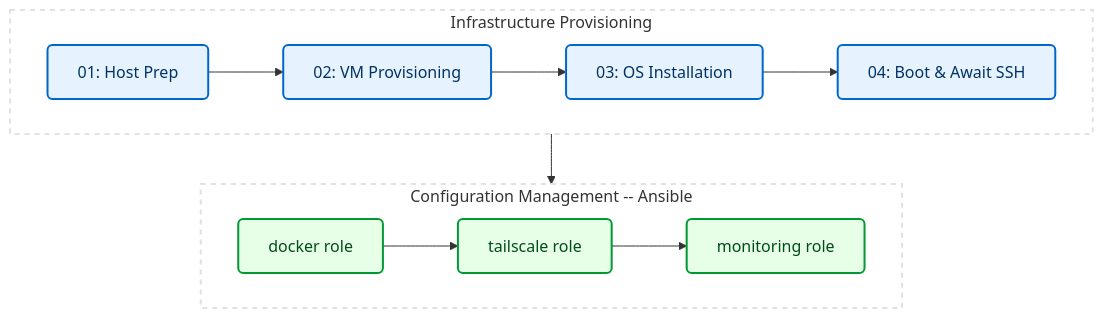
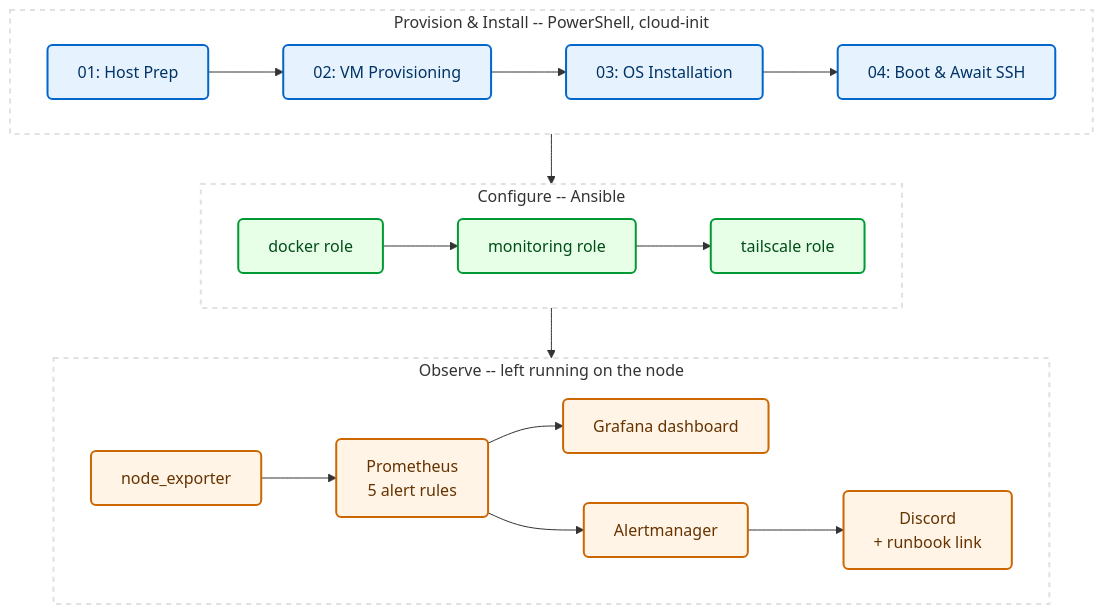
The diagram in README.md (PoisonOakey/ztp-linux-node), drawn with Mermaid before and after one commit. The commit also changed other lines of this file, not shown here.

Commit message:
docs: correct the role order and show the observability layer
The diagram chained docker -> tailscale -> monitoring. The playbook has run
docker -> monitoring -> tailscale since tailscale was moved last, so a node
awaiting browser device approval still gets its observability stack.

Adds an Observe lane so the four layers named in the Overview all appear in
the picture, and drops the broken-display premise, which claimed the screen
ruled out interactive install while TROUBLESHOOTING.md tells the reader to go
look at that screen. The Problem section is now a table.

````diff
--- a/README.md
+++ b/README.md
@@ -55,24 +57,35 @@
 ```mermaid
 %%{init: {'themeVariables': { 'background': '#ffffff'}}}%%
 flowchart TD
     classDef prov fill:#e6f3ff,stroke:#0066cc,stroke-width:2px,color:#003366,rx:5px,ry:5px;
     classDef conf fill:#e6ffe6,stroke:#009933,stroke-width:2px,color:#004d1a,rx:5px,ry:5px;
-    
+    classDef obs fill:#fff4e6,stroke:#cc6600,stroke-width:2px,color:#663300,rx:5px,ry:5px;
+
     style Provisioning fill:#ffffff,stroke:#dee2e6,stroke-width:2px,stroke-dasharray: 5 5
     style Configuration fill:#ffffff,stroke:#dee2e6,stroke-width:2px,stroke-dasharray: 5 5
+    style Observability fill:#ffffff,stroke:#dee2e6,stroke-width:2px,stroke-dasharray: 5 5
 
-    subgraph Provisioning [Infrastructure Provisioning]
+    subgraph Provisioning [Provision &amp; Install -- PowerShell, cloud-init]
         direction LR
         A[01: Host Prep]:::prov --> B[02: VM Provisioning]:::prov
         B --> C[03: OS Installation]:::prov
         C --> D[04: Boot &amp; Await SSH]:::prov
     end
 
-    subgraph Configuration [Configuration Management -- Ansible]
+    subgraph Configuration [Configure -- Ansible]
         direction LR
-        E[docker role]:::conf --> F[tailscale role]:::conf
-        F --> G[monitoring role]:::conf
+        E[docker role]:::conf --> F[monitoring role]:::conf
+        F --> G[tailscale role]:::conf
+    end
+
+    subgraph Observability [Observe -- left running on the node]
+        direction LR
+        H[node_exporter]:::obs --> I["Prometheus<br/>5 alert rules"]:::obs
+        I --> J[Grafana dashboard]:::obs
+        I --> K[Alertmanager]:::obs
+        K --> L["Discord<br/>+ runbook link"]:::obs
     end
 
     D --> E
+    F --> H
 ```
````
